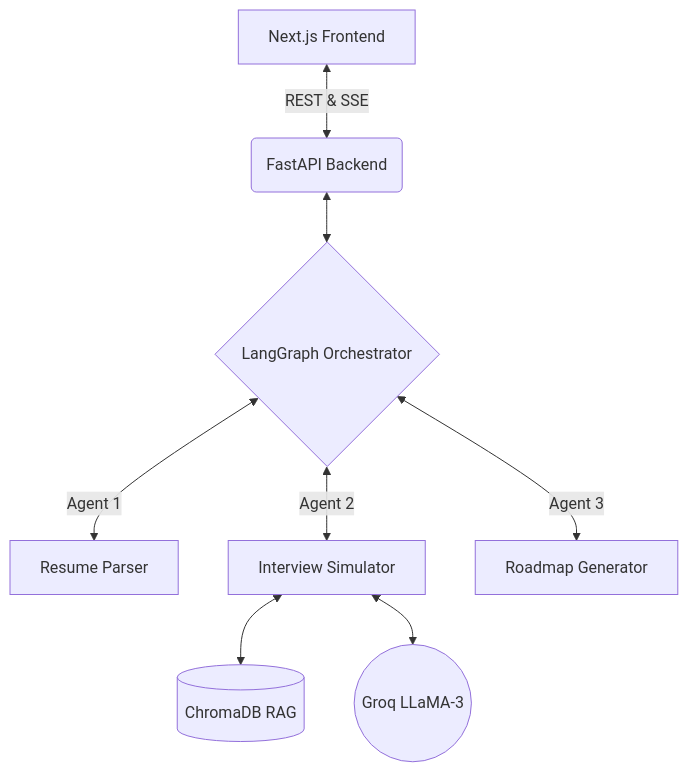
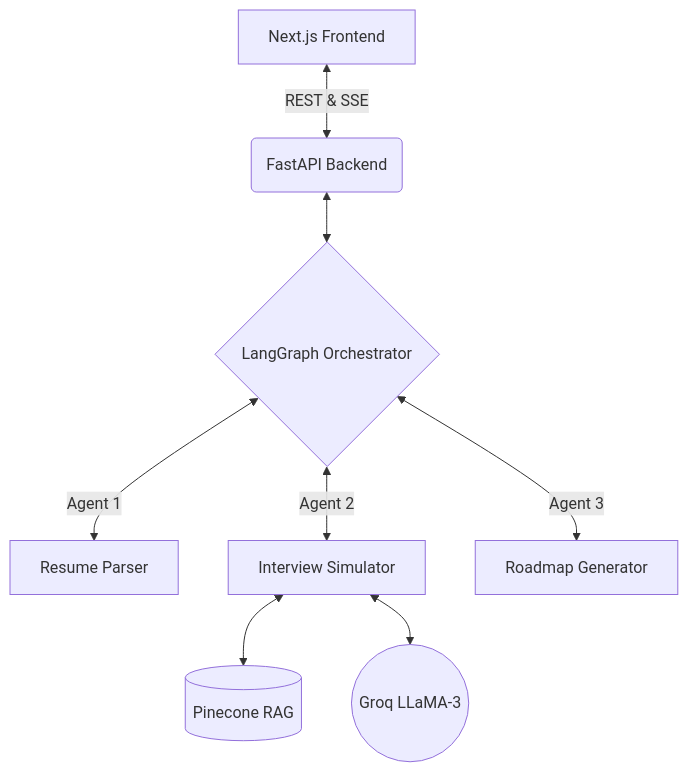
Before and after one commit to Shivank2005/PrepAgent: the diagram in README.md, drawn with Mermaid.

````diff
--- a/README.md
+++ b/README.md
@@ -43,10 +43,10 @@
 ```mermaid
 graph TD
     A[Next.js Frontend] <-->|REST & SSE| B(FastAPI Backend)
     B <--> C{LangGraph Orchestrator}
     C <-->|Agent 1| D[Resume Parser]
     C <-->|Agent 2| E[Interview Simulator]
     C <-->|Agent 3| F[Roadmap Generator]
-    E <--> G[(ChromaDB RAG)]
+    E <--> G[(Pinecone RAG)]
     E <--> H((Groq LLaMA-3))
 ```
````
